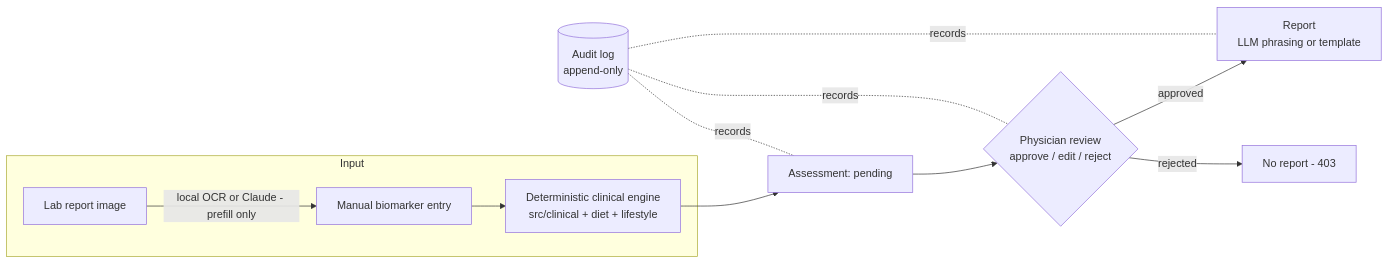
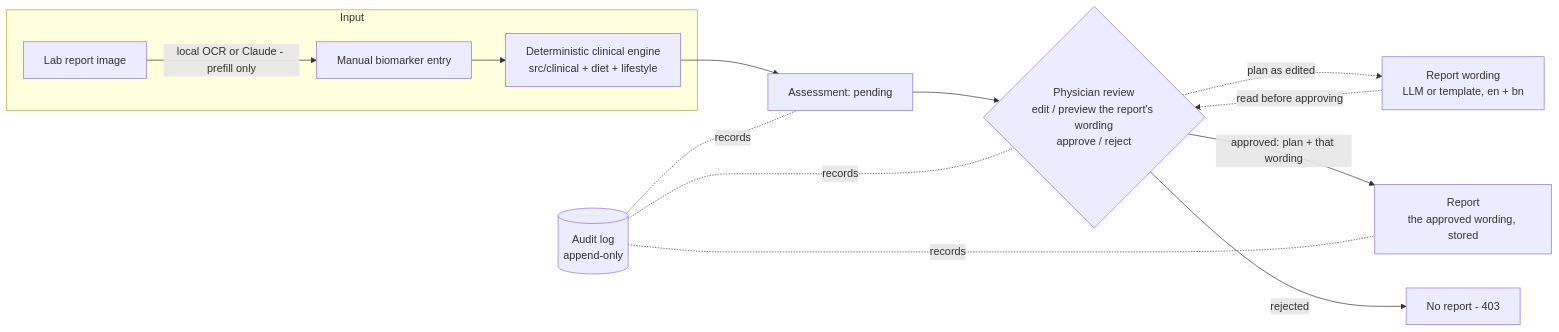
Before and after one commit to Sdb002/physician-supervised-health-system: the diagram in README.md, drawn with Mermaid. The commit also changed other lines of this file and 41 other files, not shown here.

````diff
--- a/README.md
+++ b/README.md
@@ -11,12 +12,14 @@
 ```mermaid
 flowchart LR
     subgraph Input
         A[Manual biomarker entry] --> C
         B[Lab report image] -->|local OCR or Claude - prefill only| A
     end
     C[Deterministic clinical engine\nsrc/clinical + diet + lifestyle] --> D[Assessment: pending]
-    D --> E{Physician review\napprove / edit / reject}
-    E -->|approved| F[Report\nLLM phrasing or template]
+    D --> E{Physician review\nedit / preview the report's wording\napprove / reject}
+    E -.->|plan as edited| W[Report wording\nLLM or template, en + bn]
+    W -.->|read before approving| E
+    E -->|approved: plan + that wording| F[Report\nthe approved wording, stored]
     E -->|rejected| G[No report - 403]
     H[(Audit log\nappend-only)] -.records.- D & E & F
 ```
````
